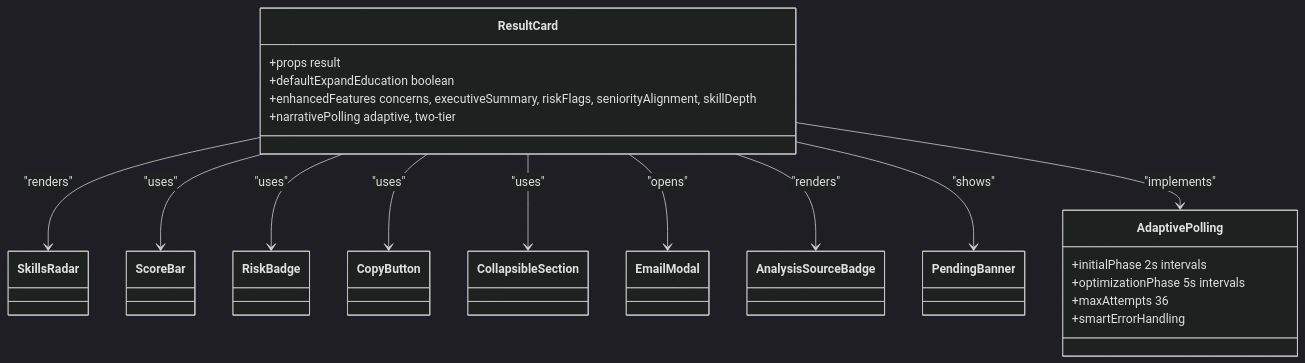
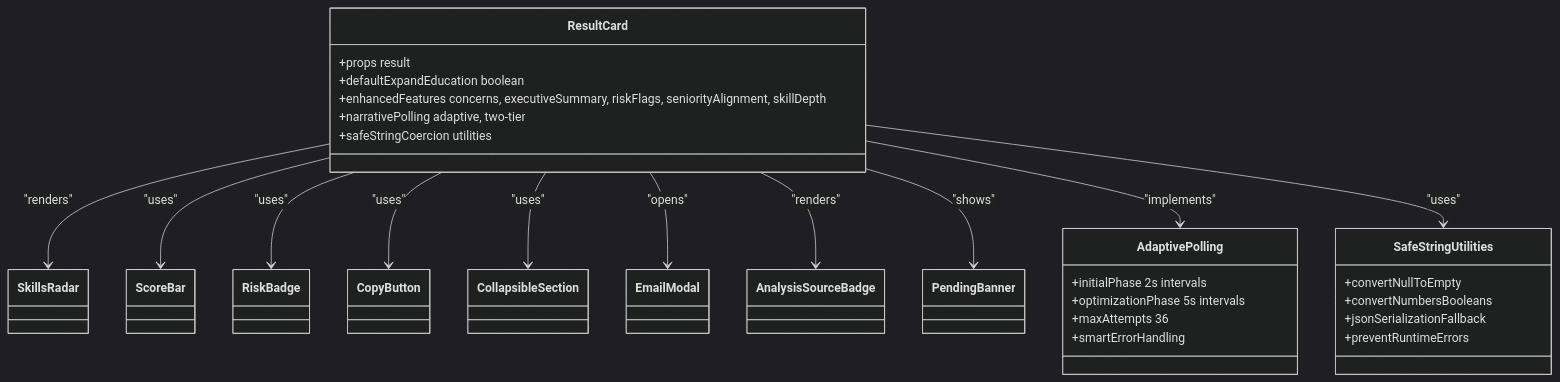
The fifth of 6 diagrams in .qoder/repowiki/en/content/Frontend Architecture/Component Library.md (Revanththetalogics/aireume), drawn with Mermaid (dark theme) before and after one commit. The commit also changed other lines of this file and 61 other files, not shown here.

````diff
--- a/.qoder/repowiki/en/content/Frontend Architecture/Component Library.md
+++ b/.qoder/repowiki/en/content/Frontend Architecture/Component Library.md
@@ -272,32 +389,40 @@
 ```mermaid
 classDiagram
 class ResultCard {
 +props result
 +defaultExpandEducation boolean
 +enhancedFeatures concerns, executiveSummary, riskFlags, seniorityAlignment, skillDepth
 +narrativePolling adaptive, two-tier
++safeStringCoercion utilities
 }
 class SkillsRadar
 class ScoreBar
 class RiskBadge
 class CopyButton
 class CollapsibleSection
 class EmailModal
 class AnalysisSourceBadge
 class PendingBanner
 class AdaptivePolling {
 +initialPhase 2s intervals
 +optimizationPhase 5s intervals
 +maxAttempts 36
 +smartErrorHandling
 }
+class SafeStringUtilities {
++convertNullToEmpty
++convertNumbersBooleans
++jsonSerializationFallback
++preventRuntimeErrors
+}
 ResultCard --> SkillsRadar : "renders"
 ResultCard --> ScoreBar : "uses"
 ResultCard --> RiskBadge : "uses"
 ResultCard --> CopyButton : "uses"
 ResultCard --> CollapsibleSection : "uses"
 ResultCard --> EmailModal : "opens"
 ResultCard --> AnalysisSourceBadge : "renders"
 ResultCard --> PendingBanner : "shows"
 ResultCard --> AdaptivePolling : "implements"
+ResultCard --> SafeStringUtilities : "uses"
 ```
````
